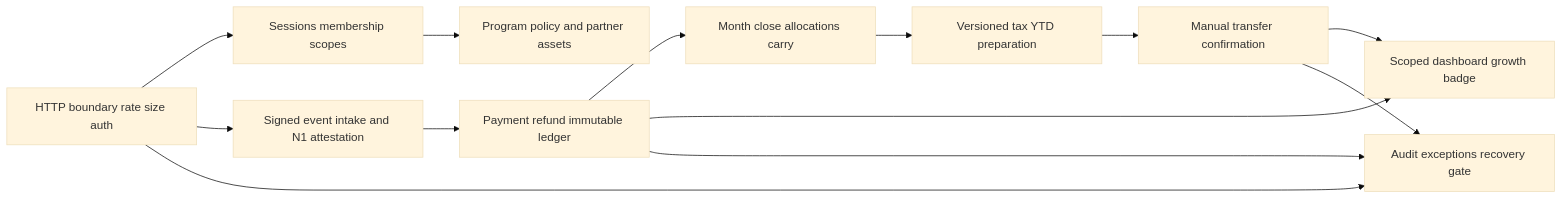
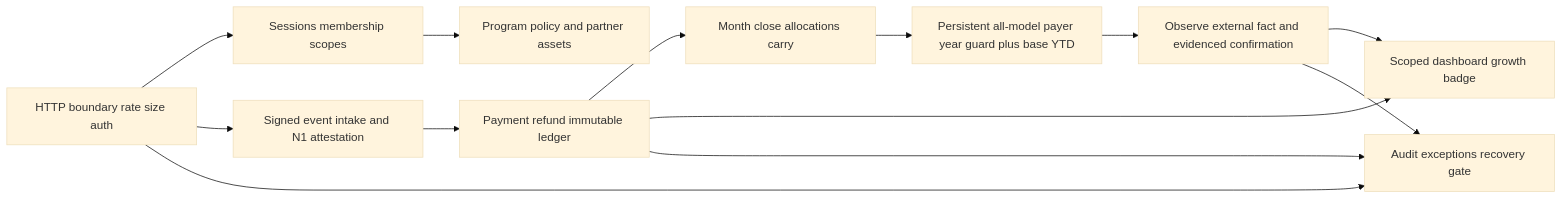
Before and after one commit to djd1m/2026-AUG-PU-Projects: the third of 6 diagrams in projects/03a-affiliate-rewardful/docs/C4_Diagrams.md, drawn with Mermaid (base theme). The commit also changed other lines of this file and 11 other files, not shown here.

Commit message:
docs(n3a): refine PRD architecture after independent review

````diff
--- a/projects/03a-affiliate-rewardful/docs/C4_Diagrams.md
+++ b/projects/03a-affiliate-rewardful/docs/C4_Diagrams.md
@@ -60,25 +60,25 @@
 ```mermaid
 flowchart LR
   Route[HTTP boundary rate size auth]
   Identity[Sessions membership scopes]
   Program[Program policy and partner assets]
   Intake[Signed event intake and N1 attestation]
   Ledger[Payment refund immutable ledger]
   Registry[Month close allocations carry]
-  Tax[Versioned tax YTD preparation]
-  Confirm[Manual transfer confirmation]
+  Tax[Persistent all-model payer year guard plus base YTD]
+  Confirm[Observe external fact and evidenced confirmation]
   Read[Scoped dashboard growth badge]
   Audit[Audit exceptions recovery gate]
   Route --> Identity
   Identity --> Program
   Route --> Intake
   Intake --> Ledger
   Ledger --> Registry
   Registry --> Tax
   Tax --> Confirm
   Ledger --> Read
   Confirm --> Read
   Route --> Audit
   Ledger --> Audit
   Confirm --> Audit
 ```
````
